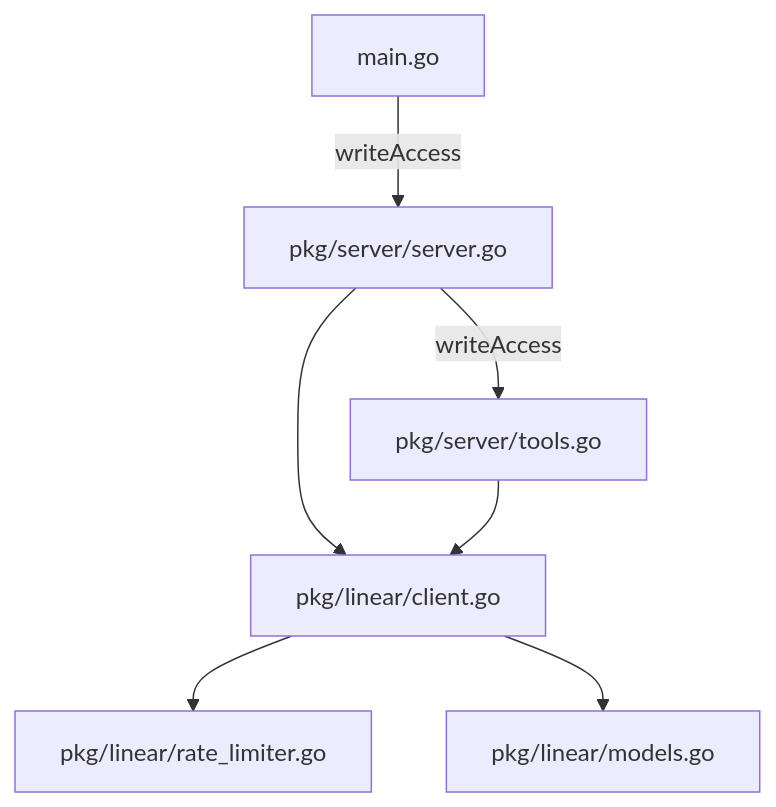
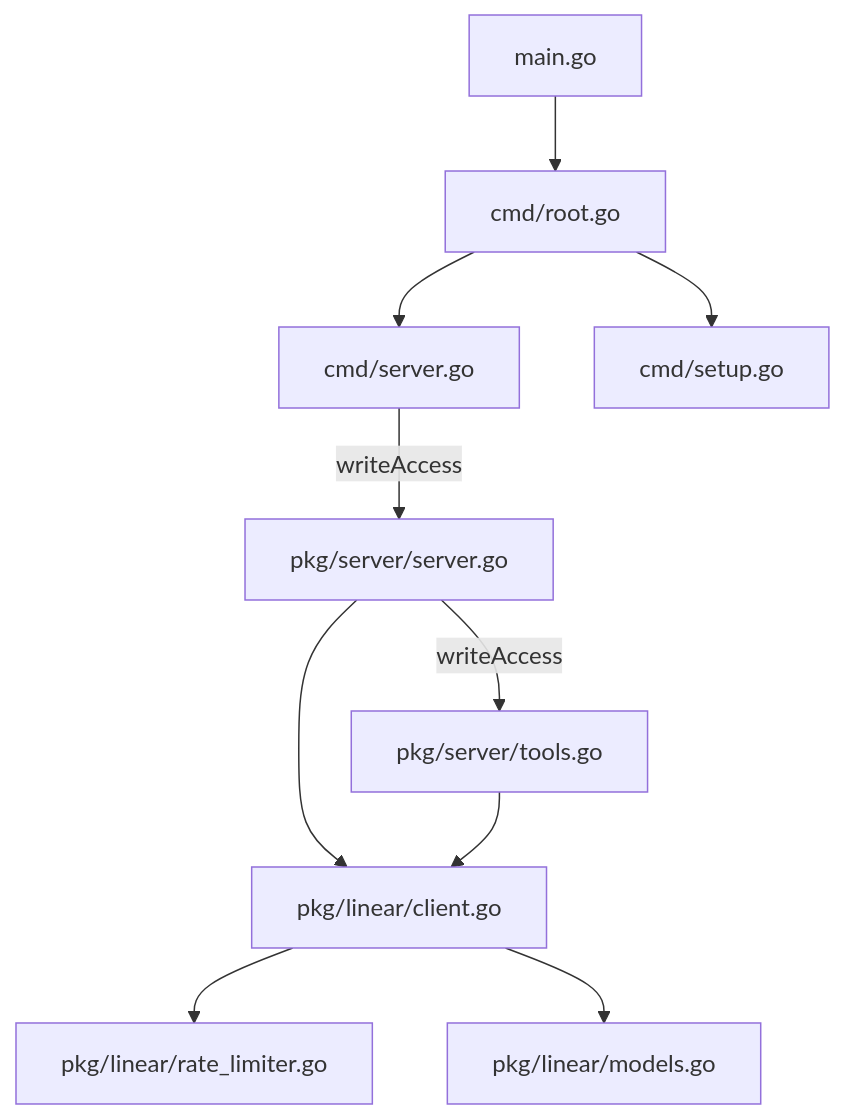
Before and after one commit to geropl/linear-mcp-go: the first of 5 diagrams in memory-bank/systemPatterns.md, drawn with Mermaid. The commit also changed other lines of this file and 11 other files, not shown here.

````diff
--- a/memory-bank/systemPatterns.md
+++ b/memory-bank/systemPatterns.md
@@ -6,9 +6,12 @@
 ```mermaid
 flowchart TD
-    Main[main.go] --> |writeAccess| Server[pkg/server/server.go]
+    Main[main.go] --> RootCmd[cmd/root.go]
+    RootCmd --> ServerCmd[cmd/server.go]
+    RootCmd --> SetupCmd[cmd/setup.go]
+    ServerCmd --> |writeAccess| Server[pkg/server/server.go]
     Server --> |writeAccess| Tools[pkg/server/tools.go]
     Server --> LinearClient[pkg/linear/client.go]
     LinearClient --> RateLimiter[pkg/linear/rate_limiter.go]
     LinearClient --> Models[pkg/linear/models.go]
     Tools --> LinearClient
 ```
````
